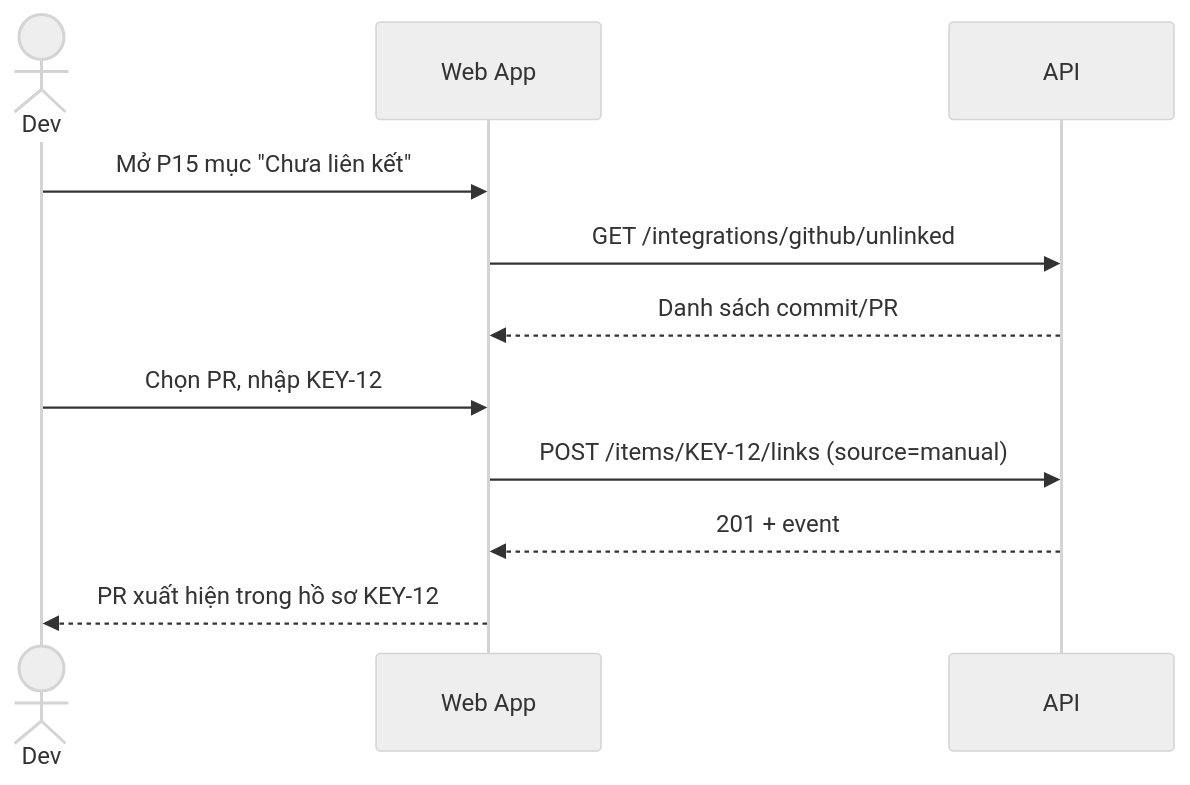
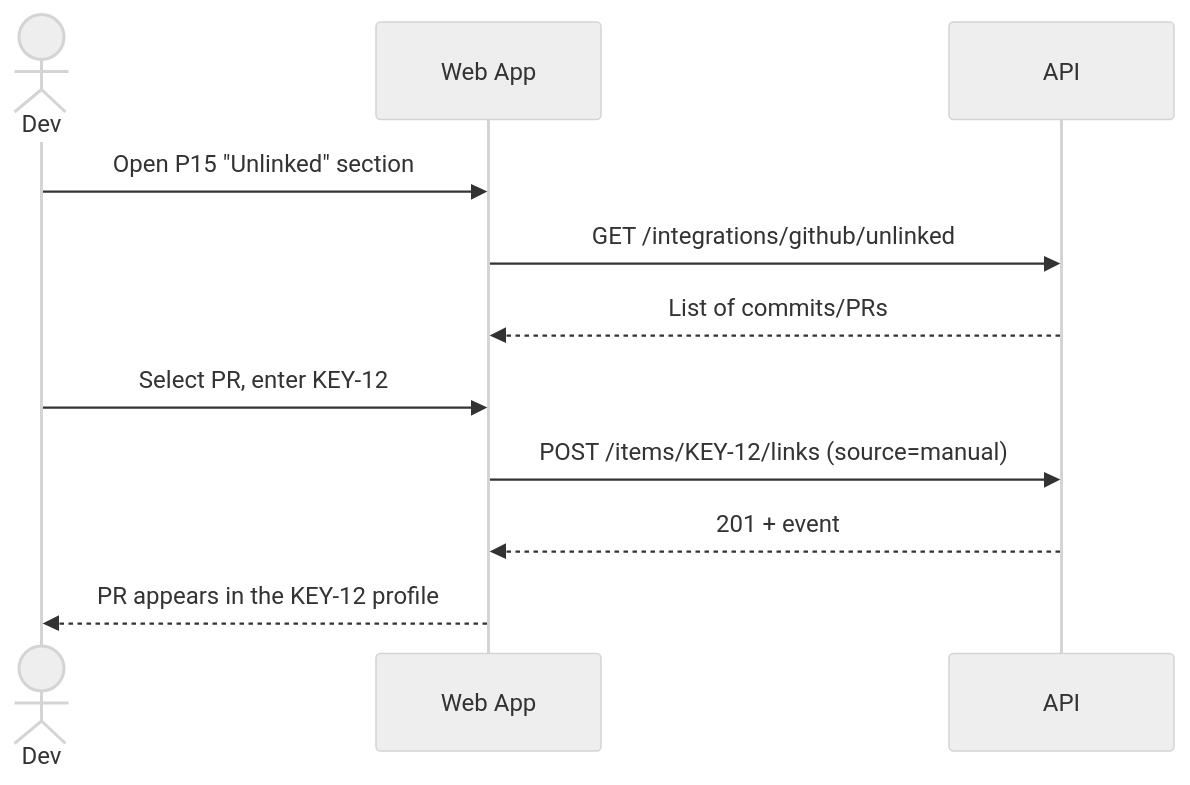
One commit to tungld9999blacksmith/Strata changed the eighth of 21 diagrams in README.md. Above: the diagram before and after it, drawn with Mermaid (neutral theme). The commit also changed other lines of this file and 13 other files, not shown here.

````diff
--- a/README.md
+++ b/README.md
@@ -673,13 +673,13 @@
 ```mermaid
 sequenceDiagram
     actor D as Dev
     participant UI as Web App
     participant API as API
-    D->>UI: Mở P15 mục "Chưa liên kết"
+    D->>UI: Open P15 "Unlinked" section
     UI->>API: GET /integrations/github/unlinked
-    API-->>UI: Danh sách commit/PR
-    D->>UI: Chọn PR, nhập KEY-12
+    API-->>UI: List of commits/PRs
+    D->>UI: Select PR, enter KEY-12
     UI->>API: POST /items/KEY-12/links (source=manual)
     API-->>UI: 201 + event
-    UI-->>D: PR xuất hiện trong hồ sơ KEY-12
+    UI-->>D: PR appears in the KEY-12 profile
 ```
````
